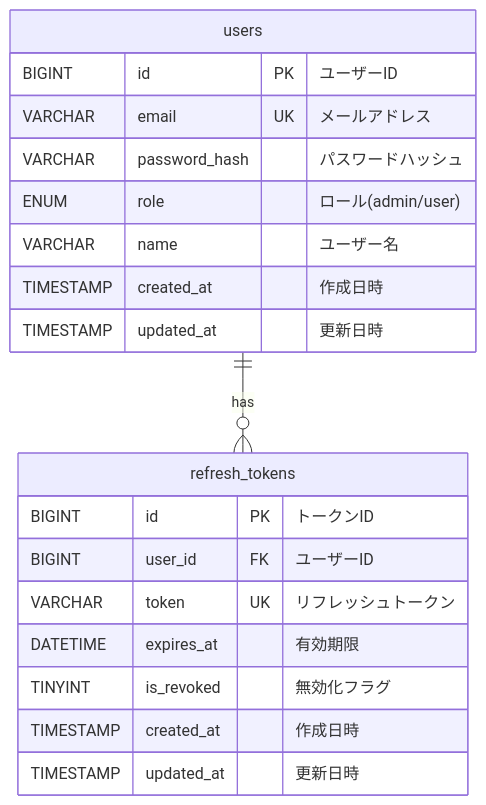
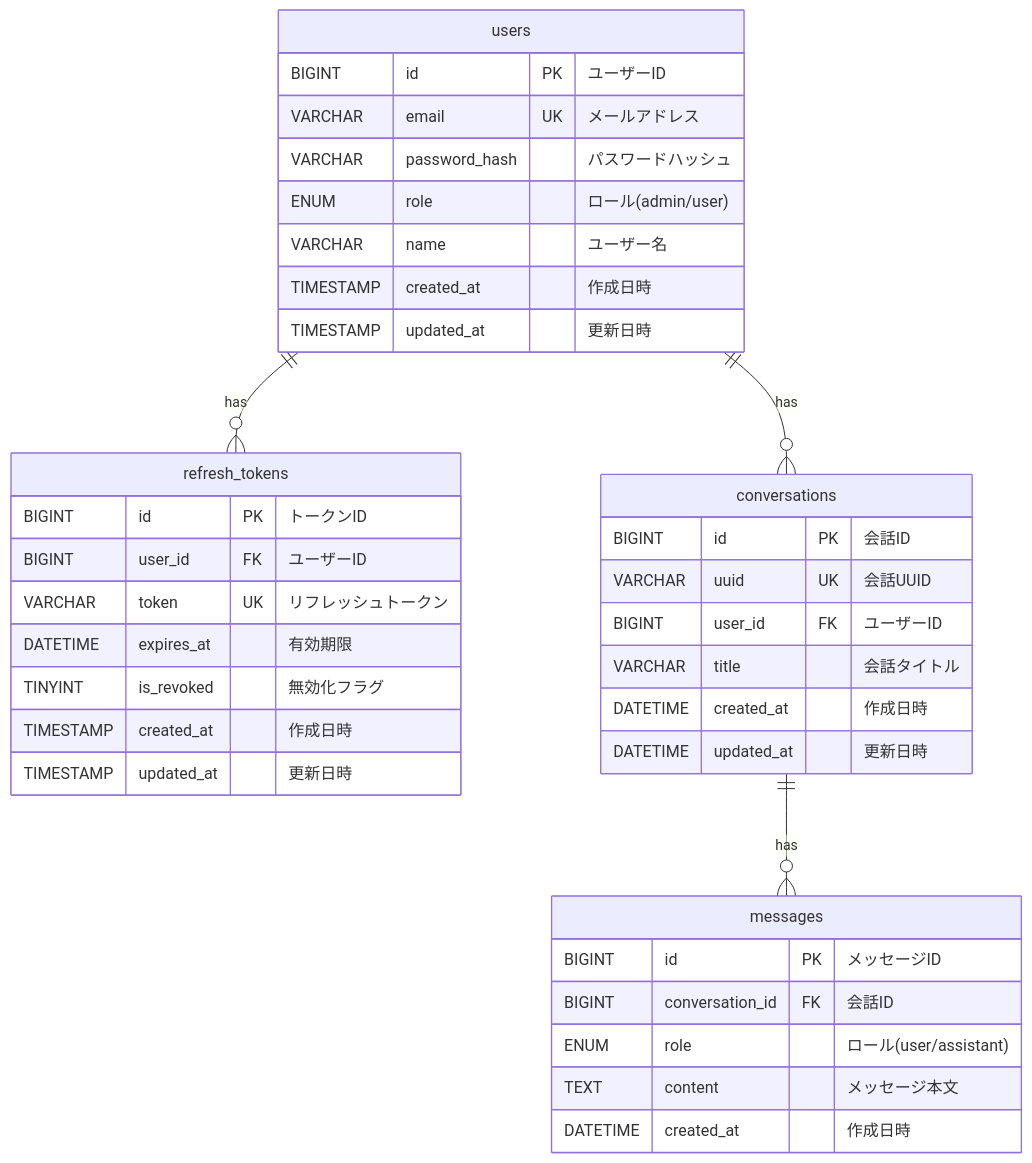
Before and after one commit to TomokiIshimine/fullstack-agent-app-with-claude: the diagram in docs/04_database-design.md, drawn with Mermaid. The commit also changed other lines of this file and 6 other files, not shown here.

````diff
--- a/docs/04_database-design.md
+++ b/docs/04_database-design.md
@@ -38,24 +40,43 @@
 ```mermaid
 erDiagram
     users ||--o{ refresh_tokens : "has"
+    users ||--o{ conversations : "has"
+    conversations ||--o{ messages : "has"
 
     users {
         BIGINT id PK "ユーザーID"
         VARCHAR email UK "メールアドレス"
         VARCHAR password_hash "パスワードハッシュ"
         ENUM role "ロール(admin/user)"
         VARCHAR name "ユーザー名"
         TIMESTAMP created_at "作成日時"
         TIMESTAMP updated_at "更新日時"
     }
 
     refresh_tokens {
         BIGINT id PK "トークンID"
         BIGINT user_id FK "ユーザーID"
         VARCHAR token UK "リフレッシュトークン"
         DATETIME expires_at "有効期限"
         TINYINT is_revoked "無効化フラグ"
         TIMESTAMP created_at "作成日時"
         TIMESTAMP updated_at "更新日時"
     }
+
+    conversations {
+        BIGINT id PK "会話ID"
+        VARCHAR uuid UK "会話UUID"
+        BIGINT user_id FK "ユーザーID"
+        VARCHAR title "会話タイトル"
+        DATETIME created_at "作成日時"
+        DATETIME updated_at "更新日時"
+    }
+
+    messages {
+        BIGINT id PK "メッセージID"
+        BIGINT conversation_id FK "会話ID"
+        ENUM role "ロール(user/assistant)"
+        TEXT content "メッセージ本文"
+        DATETIME created_at "作成日時"
+    }
 ```
````
